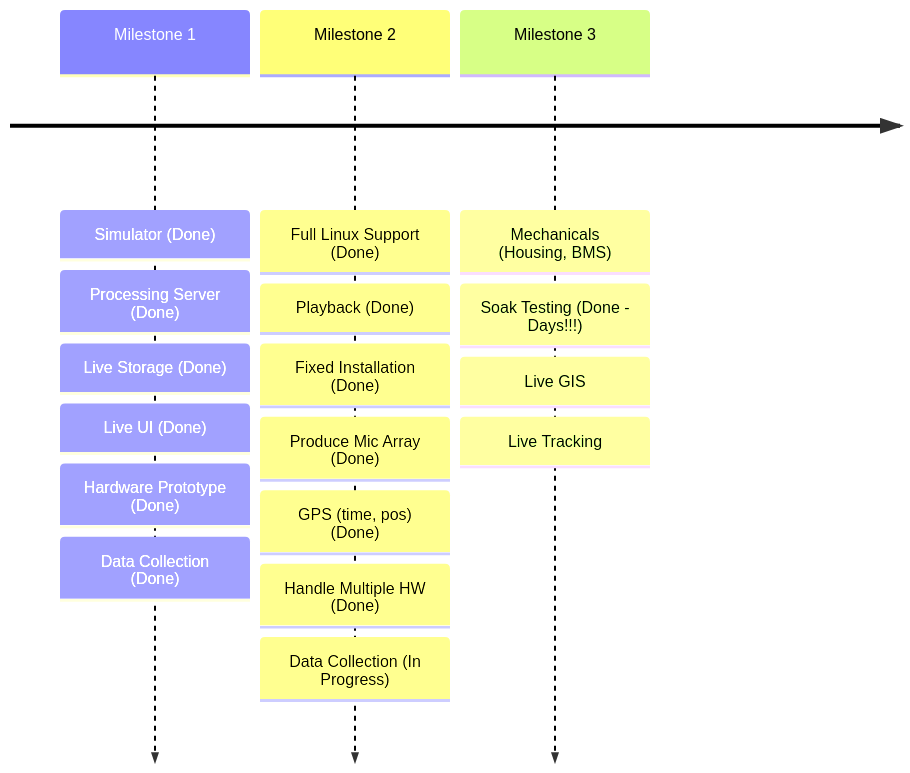
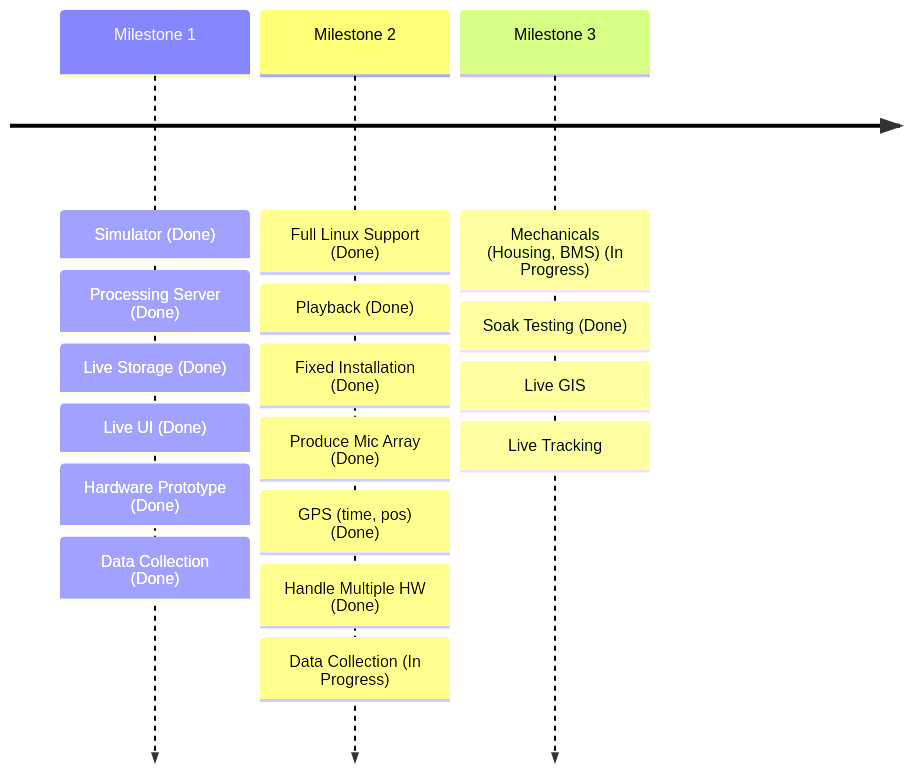
The second of 2 diagrams in profile/README.md (Sense-Scape/.github), drawn with Mermaid before and after one commit. The commit also changed other lines of this file, not shown here.

````diff
--- a/profile/README.md
+++ b/profile/README.md
@@ -50,8 +50,8 @@
 ``` mermaid
 
 timeline
     Milestone 1 : Simulator (Done) : Processing Server (Done) : Live Storage (Done) : Live UI (Done) : Hardware Prototype (Done) : Data Collection (Done)
     Milestone 2 : Full Linux Support (Done) : Playback (Done) : Fixed Installation (Done) : Produce Mic Array (Done)  : GPS (time, pos) (Done) : Handle Multiple HW (Done): Data Collection (In Progress)
-    Milestone 3 : Mechanicals (Housing, BMS) : Soak Testing (Done - Days!!!) : Live GIS : Live Tracking
+    Milestone 3 : Mechanicals (Housing, BMS) (In Progress) : Soak Testing (Done) : Live GIS : Live Tracking
 
 ```
````
